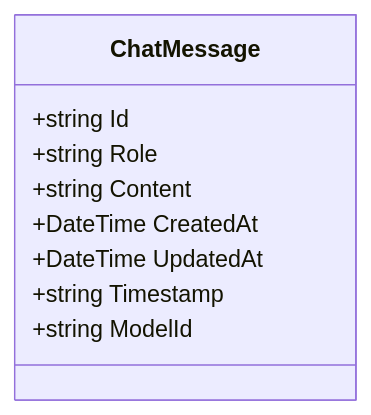
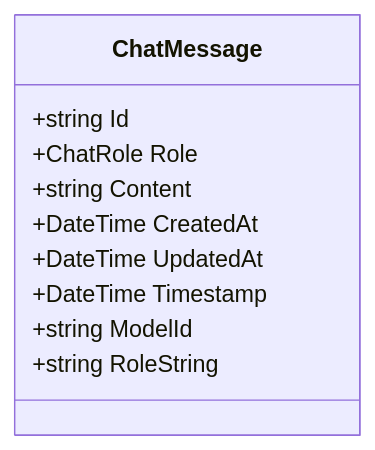
The third of 10 diagrams in Docs/architecture/index.md (rbetree/llm-agent), drawn with Mermaid before and after one commit. The commit also changed other lines of this file and 9 other files, not shown here.

````diff
--- a/Docs/architecture/index.md
+++ b/Docs/architecture/index.md
@@ -106,12 +130,13 @@
    ```mermaid
    classDiagram
      class ChatMessage {
        +string Id
-       +string Role
+       +ChatRole Role
        +string Content
        +DateTime CreatedAt
        +DateTime UpdatedAt
-       +string Timestamp
+       +DateTime Timestamp
        +string ModelId
+       +string RoleString
      }
    ```
````
